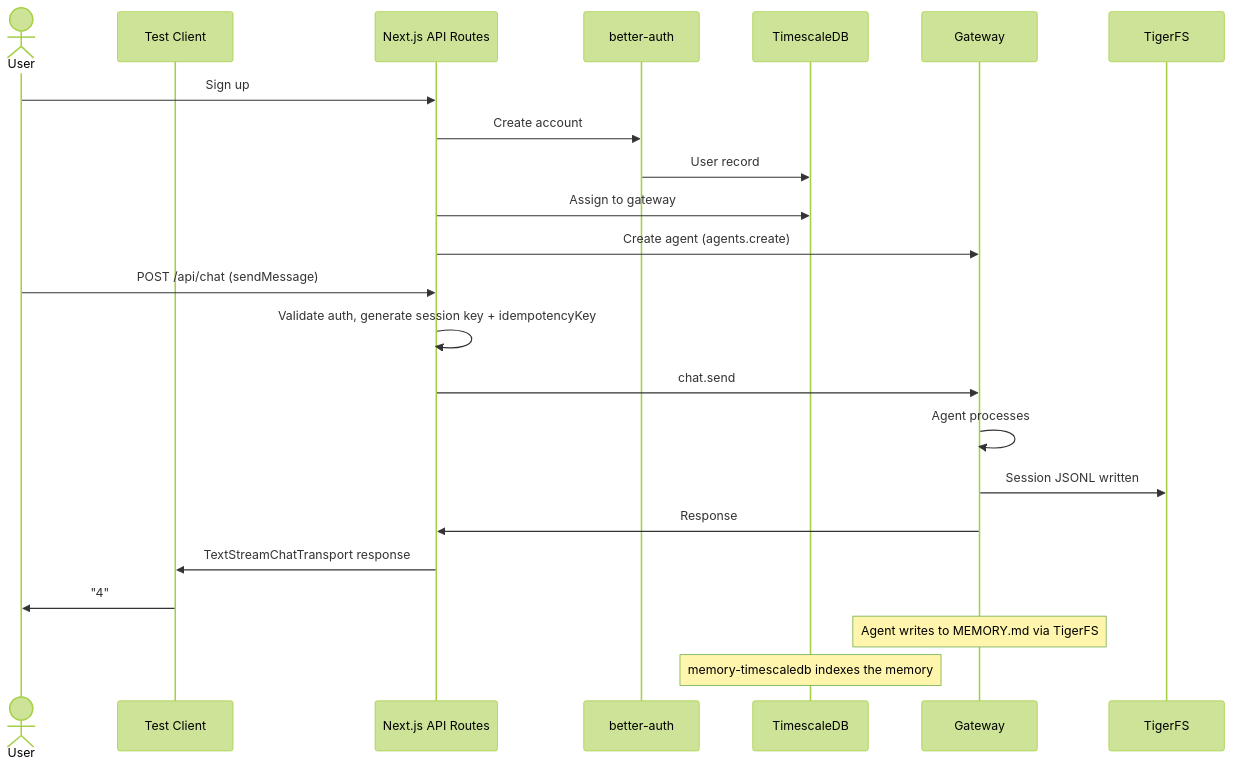
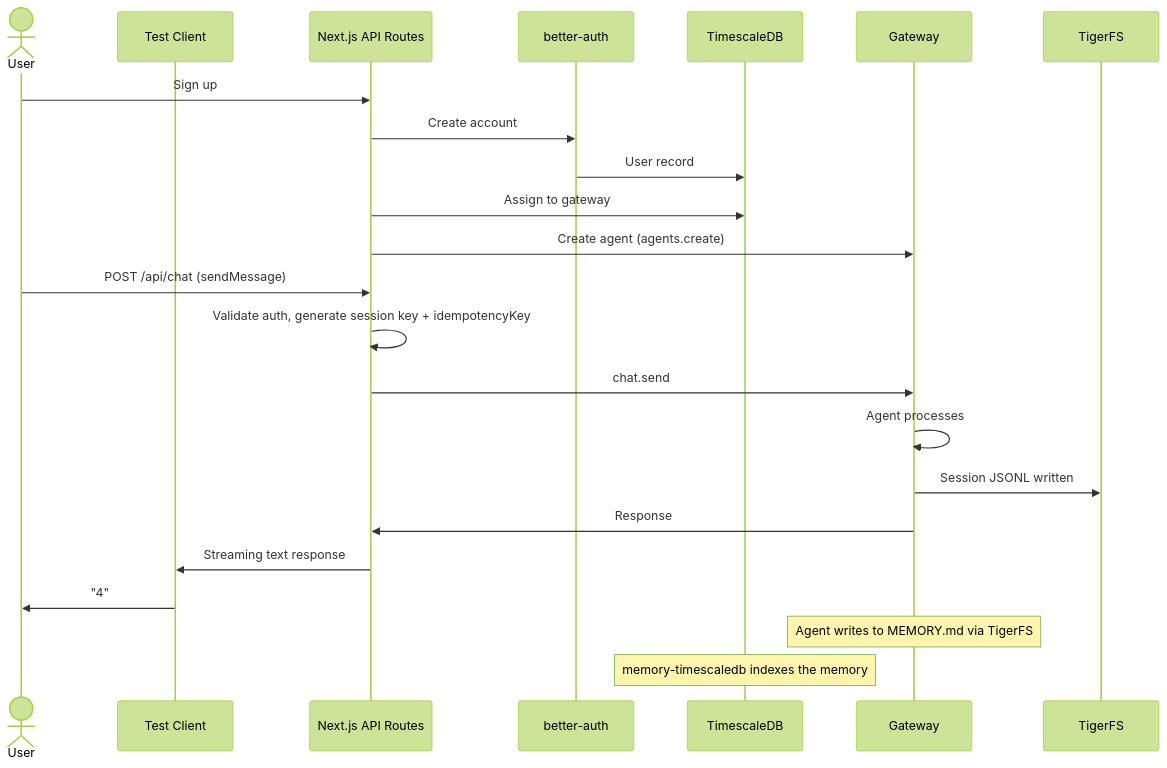
The fifth of 5 diagrams in plan/02-gateway.md (1qh/claw), drawn with Mermaid (forest theme) before and after one commit. The commit also changed other lines of this file and 17 other files, not shown here.

````diff
--- a/plan/02-gateway.md
+++ b/plan/02-gateway.md
@@ -365,28 +376,28 @@
 ```mermaid
 sequenceDiagram
     actor User
     participant FE as Test Client
     participant API as Next.js API Routes
     participant BA as better-auth
     participant DB as TimescaleDB
     participant GW as Gateway
     participant TFS as TigerFS
 
     User->>API: Sign up
     API->>BA: Create account
     BA->>DB: User record
     API->>DB: Assign to gateway
     API->>GW: Create agent (agents.create)
 
     User->>API: POST /api/chat (sendMessage)
     API->>API: Validate auth, generate session key + idempotencyKey
     API->>GW: chat.send
     GW->>GW: Agent processes
     GW->>TFS: Session JSONL written
     GW->>API: Response
-    API->>FE: TextStreamChatTransport response
+    API->>FE: Streaming text response
     FE->>User: "4"
 
     Note over GW: Agent writes to MEMORY.md via TigerFS
     Note over DB: memory-timescaledb indexes the memory
 ```
````
